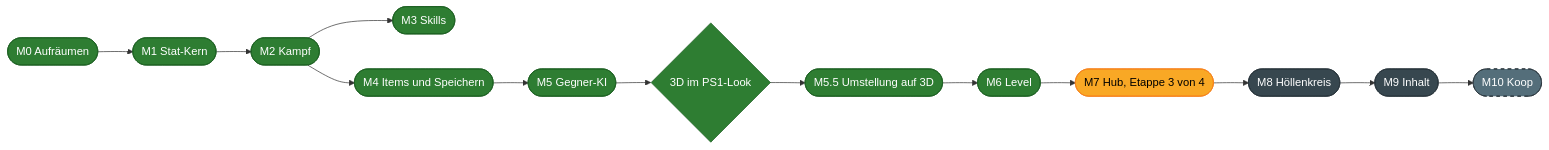
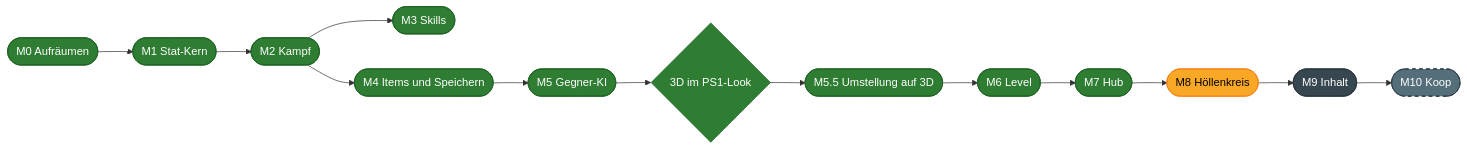
One commit to sharedboidev/Hoellenspiralenspiel changed the diagram in README.md. Above: the diagram before and after it, drawn with Mermaid. The commit also changed other lines of this file and 76 other files, not shown here.

````diff
--- a/README.md
+++ b/README.md
@@ -505,15 +515,15 @@
 ```mermaid
 flowchart LR
     M0(["M0 Aufräumen"]):::done --> M1(["M1 Stat-Kern"]):::done --> M2(["M2 Kampf"]):::done
     M2 --> M3(["M3 Skills"]):::done
     M2 --> M4(["M4 Items und Speichern"]):::done
     M4 --> M5(["M5 Gegner-KI"]):::done --> D{"3D im PS1-Look"}:::done
-    D --> U(["M5.5 Umstellung auf 3D"]):::done --> M6(["M6 Level"]):::done --> M7(["M7 Hub, Etappe 3 von 4"]):::next --> M8(["M8 Höllenkreis"]):::open
+    D --> U(["M5.5 Umstellung auf 3D"]):::done --> M6(["M6 Level"]):::done --> M7(["M7 Hub"]):::done --> M8(["M8 Höllenkreis"]):::next
     M8 --> M9(["M9 Inhalt"]):::open --> M10(["M10 Koop"]):::optional
 
     classDef done fill:#2e7d32,color:#ffffff,stroke:#1b5e20
     classDef next fill:#f9a825,color:#000000,stroke:#f57f17
     classDef open fill:#37474f,color:#ffffff,stroke:#263238
     classDef decision fill:#6a1b9a,color:#ffffff,stroke:#4a148c
     classDef optional fill:#546e7a,color:#ffffff,stroke:#263238,stroke-dasharray: 5 5
 ```
````
